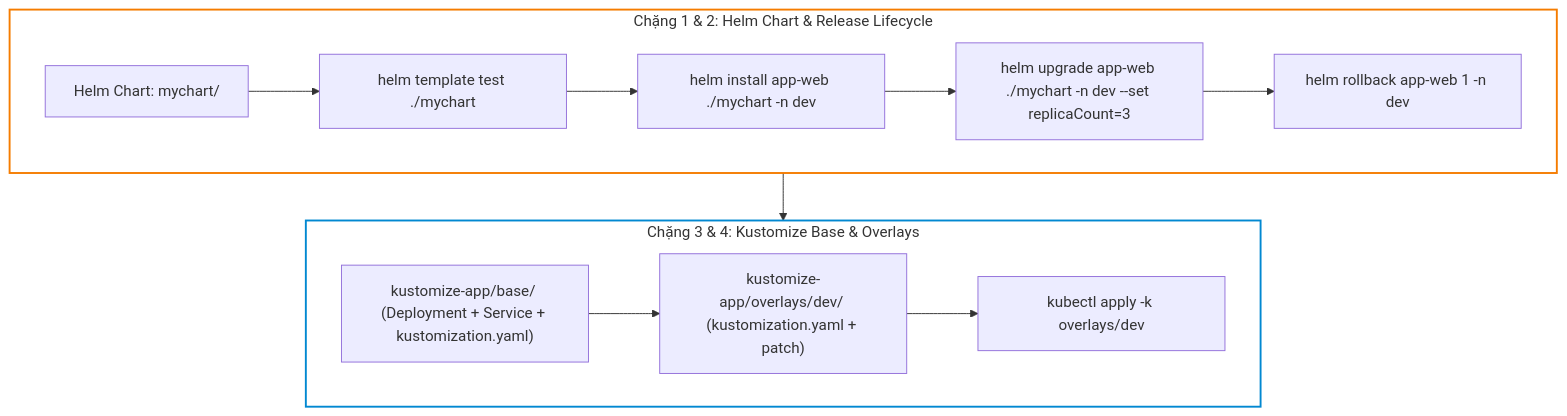
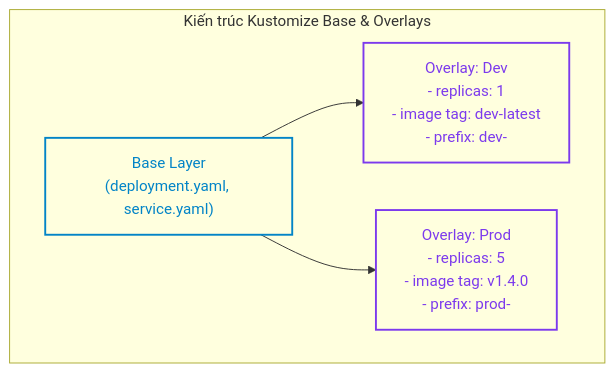
The second of 4 diagrams in _posts/2026-09-12-cka-13-13-helm-va-kustomize.md (kiennt308/ntk), drawn with Mermaid before and after one commit. The commit also changed other lines of this file and 39 other files, not shown here.

````diff
--- a/_posts/2026-09-12-cka-13-13-helm-va-kustomize.md
+++ b/_posts/2026-09-12-cka-13-13-helm-va-kustomize.md
@@ -487,19 +82,17 @@
 ```mermaid
 graph TD
-    subgraph Helm_Section ["Chặng 1 & 2: Helm Chart & Release Lifecycle"]
-        HC["Helm Chart: mychart/"] --> HT["helm template test ./mychart"]
-        HT --> HI["helm install app-web ./mychart -n dev"]
-        HI --> HU["helm upgrade app-web ./mychart -n dev --set replicaCount=3"]
-        HU --> HR["helm rollback app-web 1 -n dev"]
+    subgraph KustomizeModel ["Kiến trúc Kustomize Base & Overlays"]
+        Base["Base Layer<br>(deployment.yaml, service.yaml)"]
+        
+        DevOverlay["Overlay: Dev<br>- replicas: 1<br>- image tag: dev-latest<br>- prefix: dev-"]
+        ProdOverlay["Overlay: Prod<br>- replicas: 5<br>- image tag: v1.4.0<br>- prefix: prod-"]
+        
+        Base --> DevOverlay
+        Base --> ProdOverlay
     end
 
-    subgraph Kustomize_Section ["Chặng 3 & 4: Kustomize Base & Overlays"]
-        BASE["kustomize-app/base/ (Deployment + Service + kustomization.yaml)"] --> OVERLAY_DEV["kustomize-app/overlays/dev/ (kustomization.yaml + patch)"]
-        OVERLAY_DEV --> K_APPLY["kubectl apply -k overlays/dev"]
-    end
-
-    Helm_Section --> Kustomize_Section
-
-    style Helm_Section fill:none,stroke:#f57c00,stroke-width:2px
-    style Kustomize_Section fill:none,stroke:#0288d1,stroke-width:2px
+    classDef bStyle fill:none,stroke:#0284c7,stroke-width:2px,color:#0284c7;
+    classDef oStyle fill:none,stroke:#7c3aed,stroke-width:2px,color:#7c3aed;
+    class Base bStyle;
+    class DevOverlay,ProdOverlay oStyle;
 ```
````
